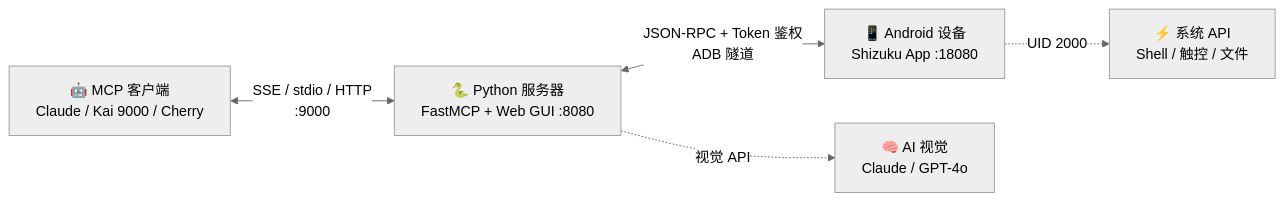
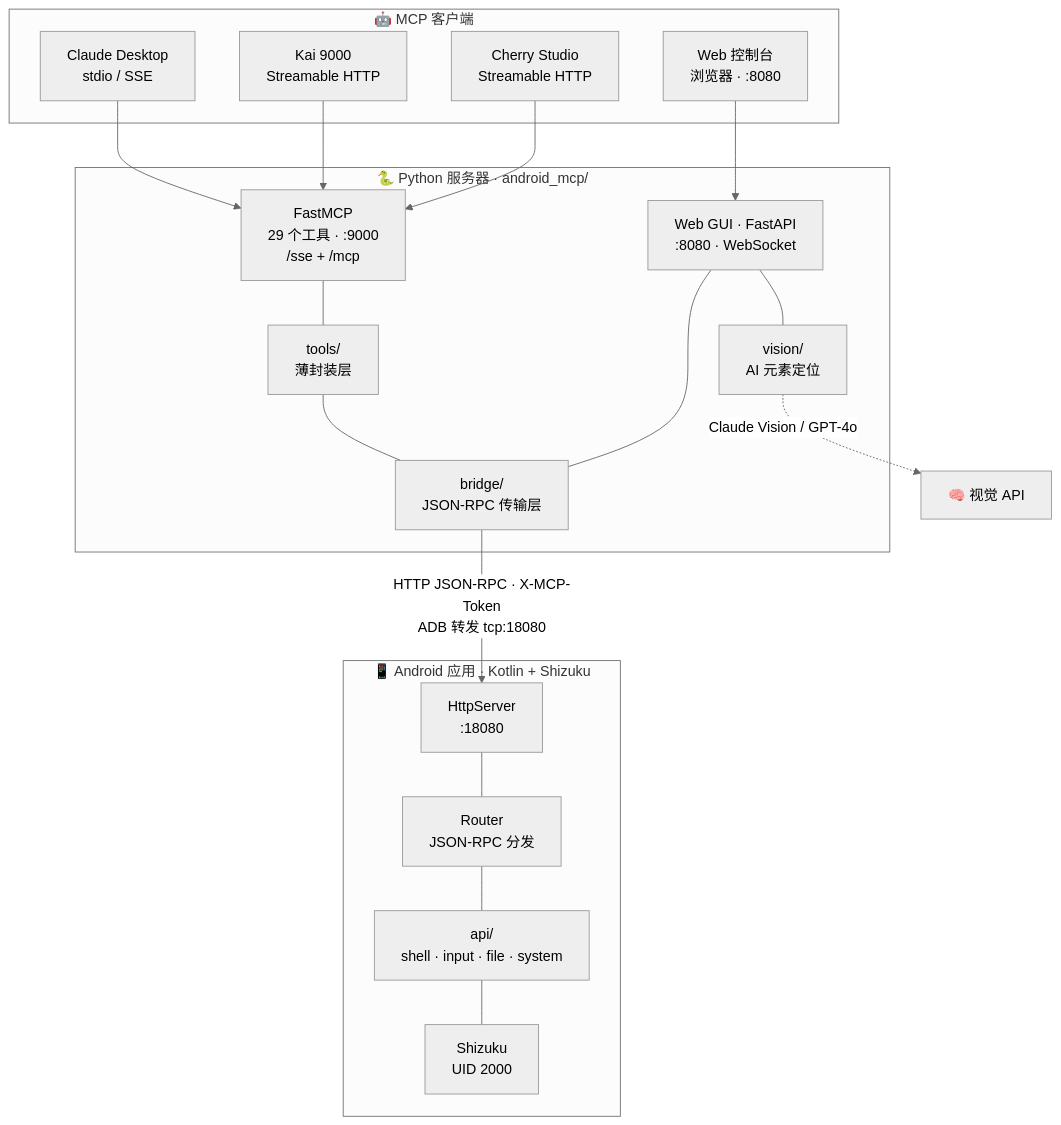
One commit to shuao-pro/android-mcp changed the diagram in README_zh.md. Above: the diagram before and after it, drawn with Mermaid (neutral theme). The commit also changed other lines of this file and 1 other file, not shown here.

Commit message:
docs: expand architecture section in READMEs

````diff
--- a/README_zh.md
+++ b/README_zh.md
@@ -23,12 +25,38 @@
 ```mermaid
-flowchart LR
-    A["🤖 MCP 客户端<br/>Claude / Kai 9000 / Cherry"]
-    B["🐍 Python 服务器<br/>FastMCP + Web GUI :8080"]
-    C["📱 Android 设备<br/>Shizuku App :18080"]
+flowchart TB
+    subgraph CLIENTS["🤖 MCP 客户端"]
+        C1["Claude Desktop<br/>stdio / SSE"]
+        C2["Kai 9000<br/>Streamable HTTP"]
+        C3["Cherry Studio<br/>Streamable HTTP"]
+        C4["Web 控制台<br/>浏览器 · :8080"]
+    end
 
-    A <-->|"SSE / stdio / HTTP<br/>:9000"| B
-    B <-->|"JSON-RPC + Token 鉴权<br/>ADB 隧道"| C
+    subgraph SERVER["🐍 Python 服务器 · android_mcp/"]
+        S1["FastMCP<br/>29 个工具 · :9000<br/>/sse + /mcp"]
+        S2["Web GUI · FastAPI<br/>:8080 · WebSocket"]
+        S3["tools/<br/>薄封装层"]
+        S4["bridge/<br/>JSON-RPC 传输层"]
+        S5["vision/<br/>AI 元素定位"]
+        S1 --- S3
+        S3 --- S4
+        S2 --- S4
+        S2 --- S5
+    end
 
-    B -.->|"视觉 API"| D["🧠 AI 视觉<br/>Claude / GPT-4o"]
-    C -.->|"UID 2000"| E["⚡ 系统 API<br/>Shell / 触控 / 文件"]
+    subgraph PHONE["📱 Android 应用 · Kotlin + Shizuku"]
+        P1["HttpServer<br/>:18080"]
+        P2["Router<br/>JSON-RPC 分发"]
+        P3["api/<br/>shell · input · file · system"]
+        P4["Shizuku<br/>UID 2000"]
+        P1 --- P2
+        P2 --- P3
+        P3 --- P4
+    end
+
+    C1 --> S1
+    C2 --> S1
+    C3 --> S1
+    C4 --> S2
+    S4 -->|"HTTP JSON-RPC · X-MCP-Token<br/>ADB 转发 tcp:18080"| P1
+    S5 -.->|"Claude Vision / GPT-4o"| V["🧠 视觉 API"]
 ```
````
